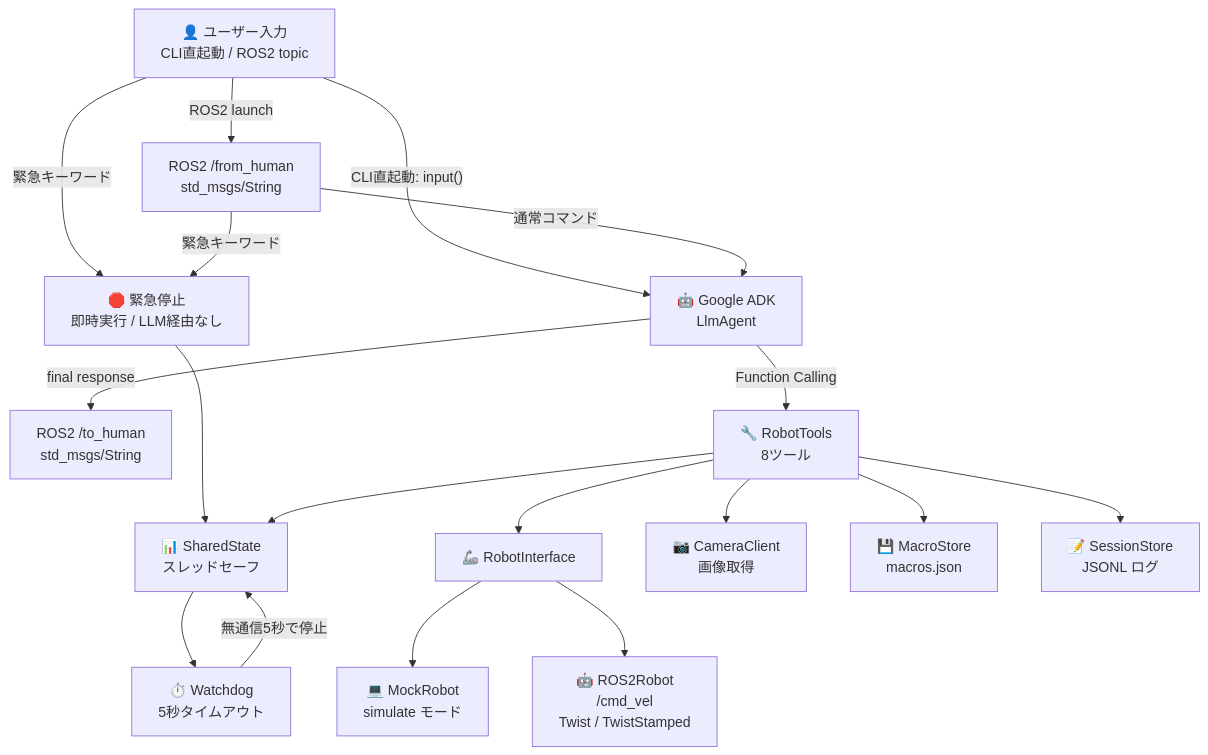
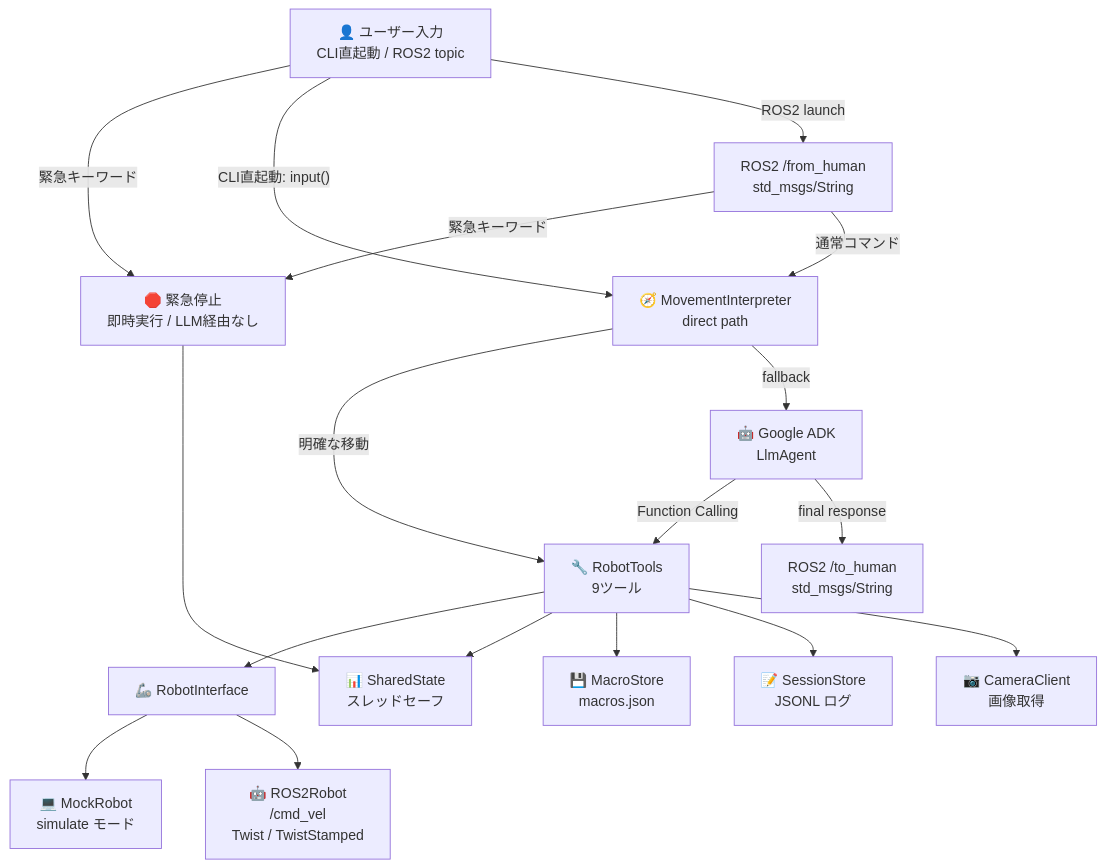
Before and after one commit to sato-susumu/susumu_agent: the third of 11 diagrams in docs/Design.md, drawn with Mermaid. The commit also changed other lines of this file and 13 other files, not shown here.

Commit message:
Add direct movement expression interpreter

````diff
--- a/docs/Design.md
+++ b/docs/Design.md
@@ -308,35 +318,35 @@
 ```mermaid
 graph TD
     User["👤 ユーザー入力\nCLI直起動 / ROS2 topic"]
     FromHuman["ROS2 /from_human\nstd_msgs/String"]
     ToHuman["ROS2 /to_human\nstd_msgs/String"]
     Emergency["🛑 緊急停止\n即時実行 / LLM経由なし"]
+    Interpreter["🧭 MovementInterpreter\ndirect path"]
     ADK["🤖 Google ADK\nLlmAgent"]
-    Tools["🔧 RobotTools\n8ツール"]
+    Tools["🔧 RobotTools\n9ツール"]
     Robot["🦾 RobotInterface"]
     Mock["💻 MockRobot\nsimulate モード"]
     ROS2["🤖 ROS2Robot\n/cmd_vel\nTwist / TwistStamped"]
     State["📊 SharedState\nスレッドセーフ"]
-    Watchdog["⏱️ Watchdog\n5秒タイムアウト"]
     Camera["📷 CameraClient\n画像取得"]
     Macro["💾 MacroStore\nmacros.json"]
     Session["📝 SessionStore\nJSONL ログ"]
 
     User -->|"緊急キーワード"| Emergency
-    User -->|"CLI直起動: input()"| ADK
+    User -->|"CLI直起動: input()"| Interpreter
     User -->|"ROS2 launch"| FromHuman
     FromHuman -->|"緊急キーワード"| Emergency
-    FromHuman -->|"通常コマンド"| ADK
+    FromHuman -->|"通常コマンド"| Interpreter
     Emergency --> State
+    Interpreter -->|"明確な移動"| Tools
+    Interpreter -->|"fallback"| ADK
     ADK -->|"Function Calling"| Tools
     ADK -->|"final response"| ToHuman
     Tools --> Robot
     Tools --> State
     Tools --> Macro
     Tools --> Session
     Tools --> Camera
     Robot --> Mock
     Robot --> ROS2
-    State --> Watchdog
-    Watchdog -->|"無通信5秒で停止"| State
 ```
````
